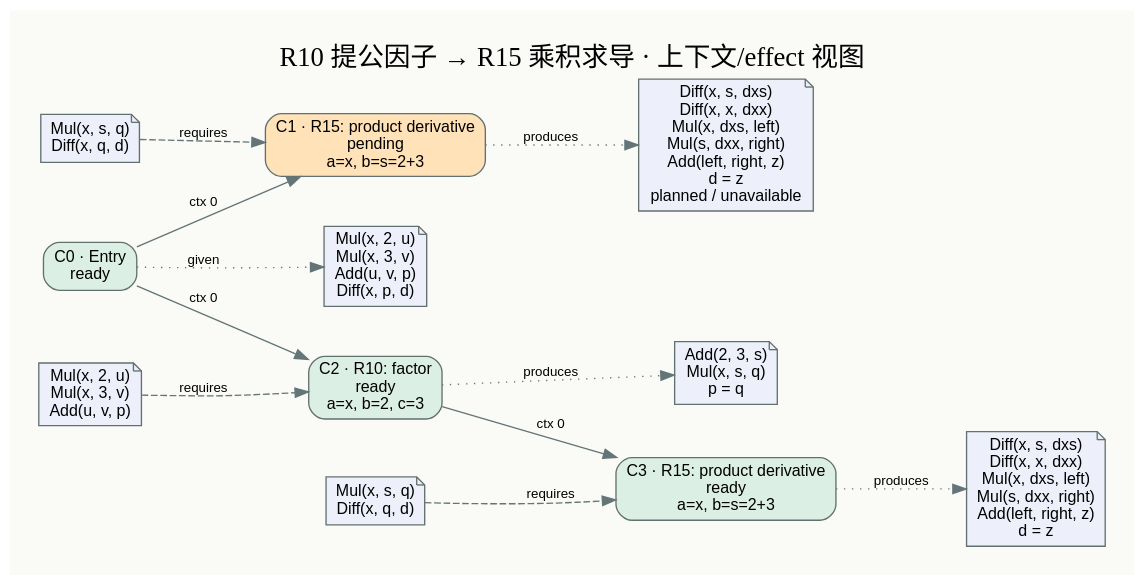
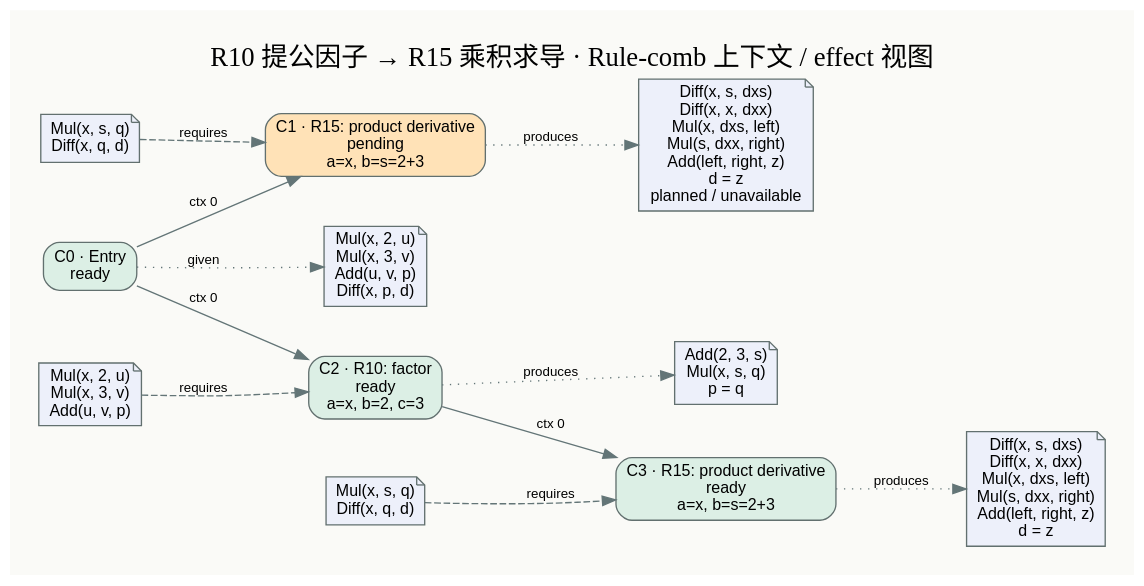
One commit to MilkBlock/fractal_egraph changed the diagram in experiments/tier1_effects/concrete.dot. Above: the diagram before and after it, drawn with Graphviz. The commit also changed 17 other files, not shown here.

```diff
--- a/experiments/tier1_effects/concrete.dot
+++ b/experiments/tier1_effects/concrete.dot
@@ -1,27 +1,27 @@
 digraph G {
 graph [rankdir=LR,bgcolor="#fafaf7",pad=0.3,nodesep=0.45,ranksep=0.8];
 node [fontname="Arial",fontsize=12,shape=box,style="rounded,filled",color="#62706f"];
 edge [fontname="Arial",fontsize=10,color="#637577"];
-label="R10 提公因子 → R15 乘积求导 · 上下文/effect 视图";labelloc=t;fontsize=20;
+label="R10 提公因子 → R15 乘积求导 · Rule-comb 上下文 / effect 视图";labelloc=t;fontsize=20;
 c0 [label="C0 · Entry\nready",fillcolor="#dcefe5"];
 e0_given_0 [label="Mul(x, 2, u)\nMul(x, 3, v)\nAdd(u, v, p)\nDiff(x, p, d)",shape=note,fillcolor="#edf0fa"];
 c0 -> e0_given_0 [style=dotted,label="given"];
 c1 [label="C1 · R15: product derivative\npending\na=x, b=s=2+3",fillcolor="#ffe2b7"];
 c0 -> c1 [label="ctx 0"];
 e1_requires_0 [label="Mul(x, s, q)\nDiff(x, q, d)",shape=note,fillcolor="#edf0fa"];
 e1_requires_0 -> c1 [style=dashed,label="requires"];
 e1_produces_0 [label="Diff(x, s, dxs)\nDiff(x, x, dxx)\nMul(x, dxs, left)\nMul(s, dxx, right)\nAdd(left, right, z)\nd = z\nplanned / unavailable",shape=note,fillcolor="#edf0fa"];
 c1 -> e1_produces_0 [style=dotted,label="produces"];
 c2 [label="C2 · R10: factor\nready\na=x, b=2, c=3",fillcolor="#dcefe5"];
 c0 -> c2 [label="ctx 0"];
 e2_requires_0 [label="Mul(x, 2, u)\nMul(x, 3, v)\nAdd(u, v, p)",shape=note,fillcolor="#edf0fa"];
 e2_requires_0 -> c2 [style=dashed,label="requires"];
 e2_produces_0 [label="Add(2, 3, s)\nMul(x, s, q)\np = q",shape=note,fillcolor="#edf0fa"];
 c2 -> e2_produces_0 [style=dotted,label="produces"];
 c3 [label="C3 · R15: product derivative\nready\na=x, b=s=2+3",fillcolor="#dcefe5"];
 c2 -> c3 [label="ctx 0"];
 e3_requires_0 [label="Mul(x, s, q)\nDiff(x, q, d)",shape=note,fillcolor="#edf0fa"];
 e3_requires_0 -> c3 [style=dashed,label="requires"];
 e3_produces_0 [label="Diff(x, s, dxs)\nDiff(x, x, dxx)\nMul(x, dxs, left)\nMul(s, dxx, right)\nAdd(left, right, z)\nd = z",shape=note,fillcolor="#edf0fa"];
 c3 -> e3_produces_0 [style=dotted,label="produces"];
 }
```
